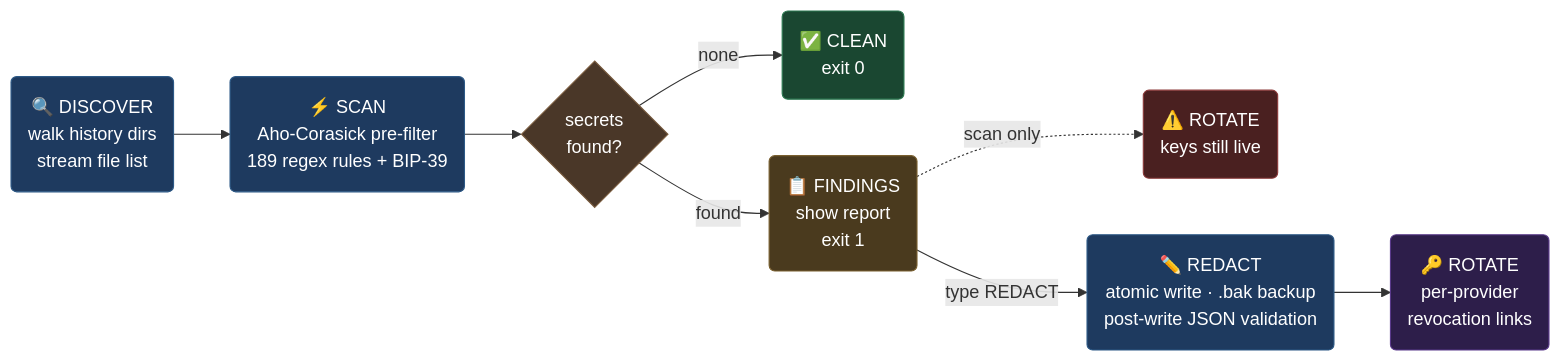
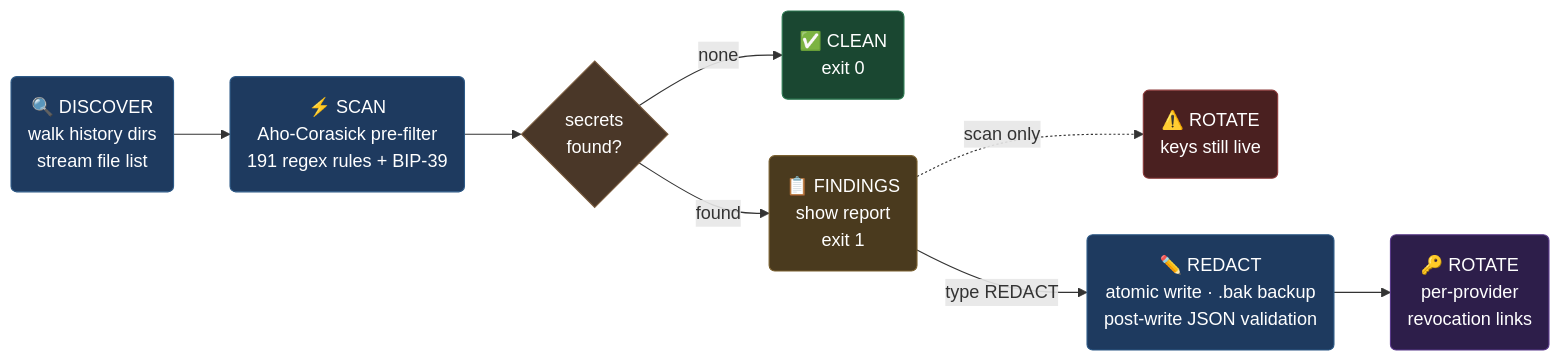
Before and after one commit to AhmadBilalDSA/agent-sweep: the diagram in README.md, drawn with Mermaid. The commit also changed other lines of this file and 3 other files, not shown here.

````diff
--- a/README.md
+++ b/README.md
@@ -67,19 +67,19 @@
 ```mermaid
 flowchart LR
-    A("🔍 DISCOVER\nwalk history dirs\nstream file list") --> B("⚡ SCAN\nAho-Corasick pre-filter\n189 regex rules + BIP-39")
+    A("🔍 DISCOVER\nwalk history dirs\nstream file list") --> B("⚡ SCAN\nAho-Corasick pre-filter\n191 regex rules + BIP-39")
     B --> C{"secrets\nfound?"}
     C -- "none" --> D("✅ CLEAN\nexit 0")
     C -- "found" --> E("📋 FINDINGS\nshow report\nexit 1")
     E -. "scan only" .-> F("⚠️ ROTATE\nkeys still live")
     E -- "type REDACT" --> G("✏️ REDACT\natomic write · .bak backup\npost-write JSON validation")
     G --> H("🔑 ROTATE\nper-provider\nrevocation links")
 
     style A fill:#1e3a5f,color:#fff,stroke:#2d5986
     style B fill:#1e3a5f,color:#fff,stroke:#2d5986
     style C fill:#4a3728,color:#fff,stroke:#7a5c3f
     style D fill:#1a4731,color:#fff,stroke:#2d7a52
     style E fill:#4a3a1e,color:#fff,stroke:#7a6030
     style F fill:#4a2020,color:#fff,stroke:#8b3a3a
     style G fill:#1e3a5f,color:#fff,stroke:#2d5986
     style H fill:#2d1e4a,color:#fff,stroke:#5a3a8b
 ```
````
